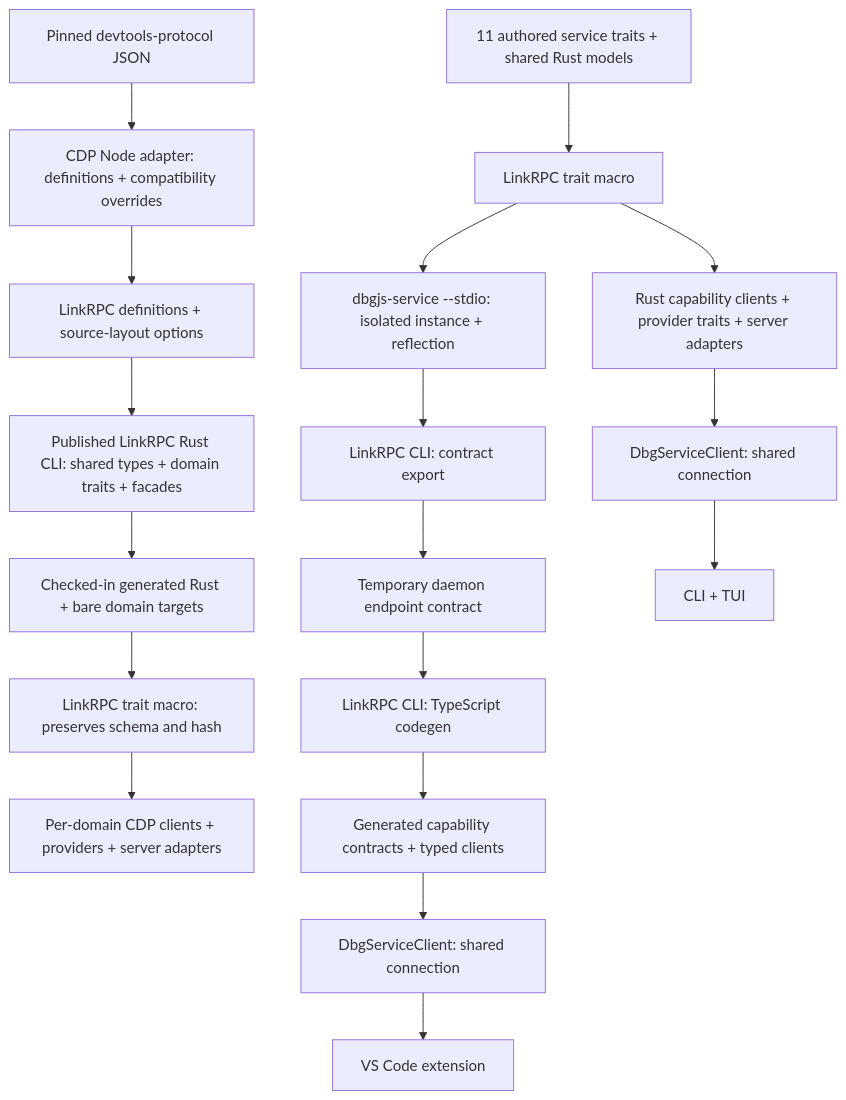
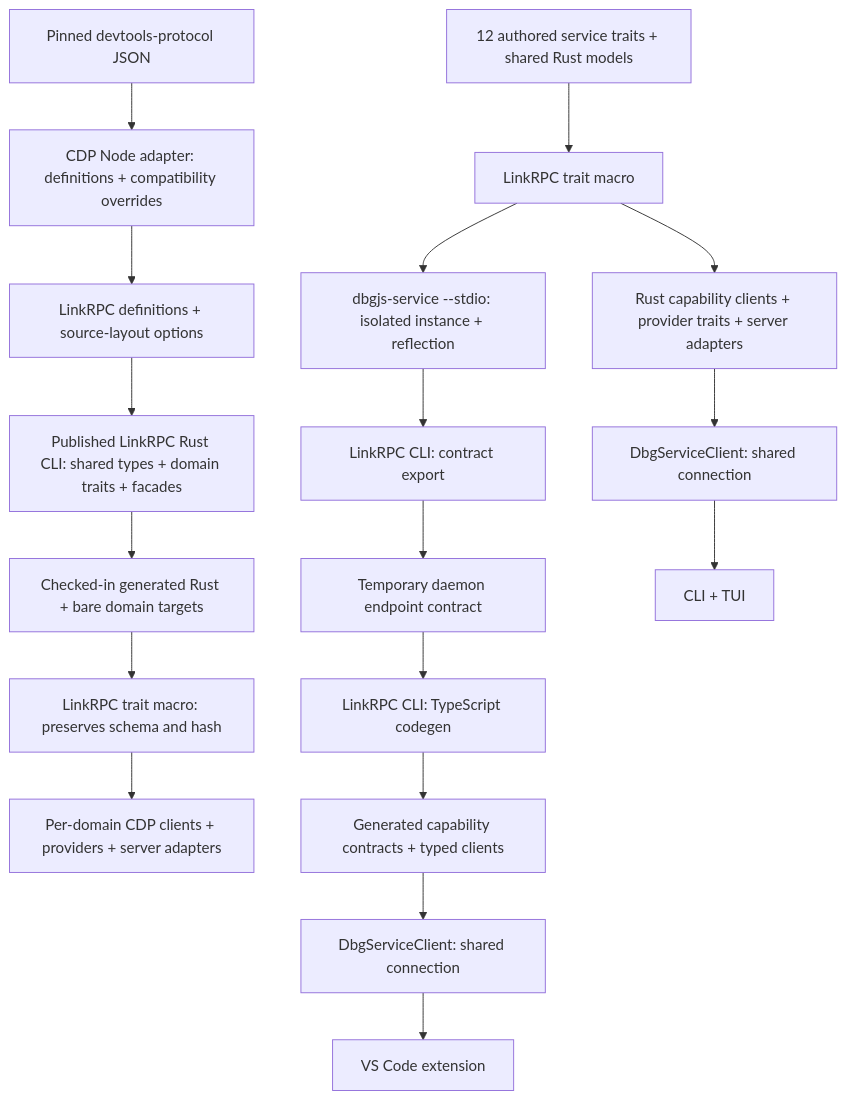
The diagram in docs/architecture/contracts.md (hediet/dbgjs), drawn with Mermaid before and after one commit. The commit also changed other lines of this file and 17 other files, not shown here.

````diff
--- a/docs/architecture/contracts.md
+++ b/docs/architecture/contracts.md
@@ -21,20 +21,20 @@
 ```mermaid
 flowchart TD
     CDP["Pinned devtools-protocol JSON"] --> Import["CDP Node adapter: definitions + compatibility overrides"]
     Import --> Definitions["LinkRPC definitions + source-layout options"]
     Definitions --> CdpGen["Published LinkRPC Rust CLI: shared types + domain traits + facades"]
     CdpGen --> Generated["Checked-in generated Rust + bare domain targets"]
     Generated --> CdpMacro["LinkRPC trait macro: preserves schema and hash"]
     CdpMacro --> Cdp["Per-domain CDP clients + providers + server adapters"]
-    Traits["11 authored service traits + shared Rust models"] --> Macro["LinkRPC trait macro"]
+    Traits["12 authored service traits + shared Rust models"] --> Macro["LinkRPC trait macro"]
     Macro --> Rust["Rust capability clients + provider traits + server adapters"]
     Macro --> Daemon["dbgjs-service --stdio: isolated instance + reflection"]
     Daemon --> Export["LinkRPC CLI: contract export"]
     Export --> Bundle["Temporary daemon endpoint contract"]
     Bundle --> CLI["LinkRPC CLI: TypeScript codegen"]
     CLI --> TS["Generated capability contracts + typed clients"]
     Rust --> RustFacade["DbgServiceClient: shared connection"]
     TS --> TSFacade["DbgServiceClient: shared connection"]
     RustFacade --> Consumers["CLI + TUI"]
     TSFacade --> Extension["VS Code extension"]
 ```
````
